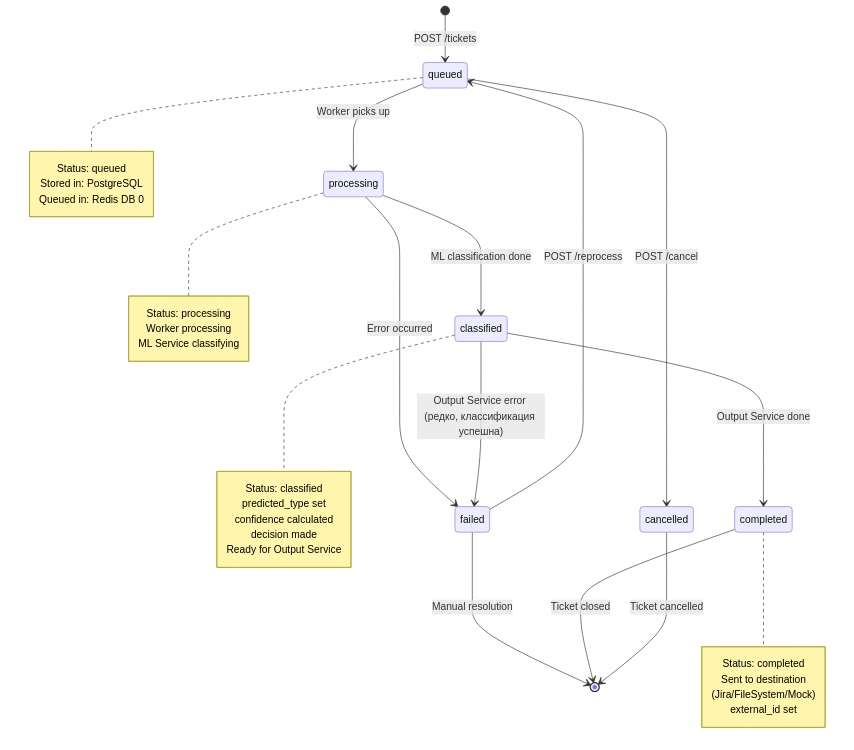
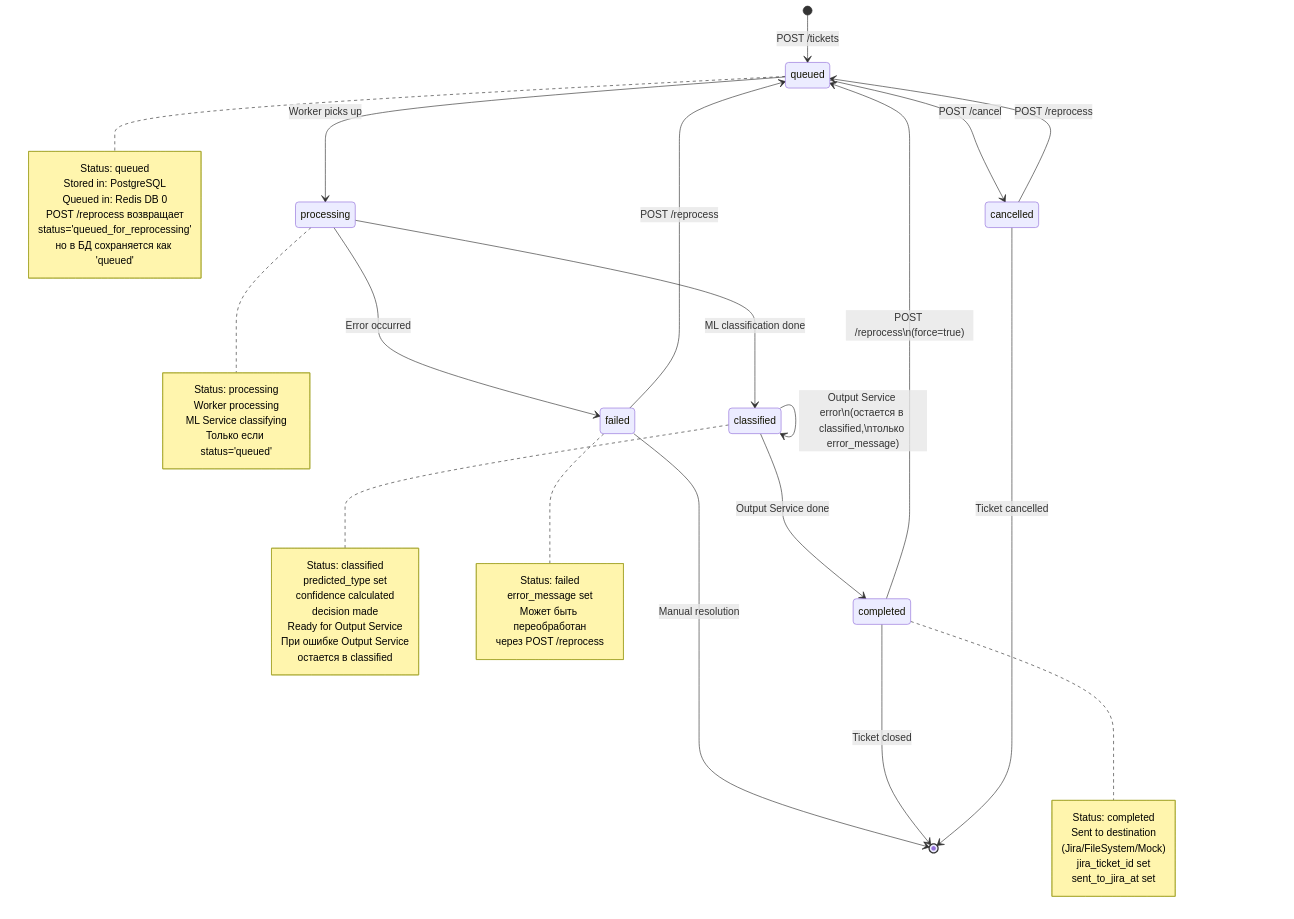
One commit to JungleAll/service-desk-classifier changed the sixth of 6 diagrams in ARCHITECTURE.md. Above: the diagram before and after it, drawn with Mermaid. The commit also changed other lines of this file and 2 other files, not shown here.

Commit message:
Update API_REFERENCE.md and ARCHITECTURE.md: sync with actual implementation, fix ticket lifecycle diagram

````diff
--- a/ARCHITECTURE.md
+++ b/ARCHITECTURE.md
@@ -364,46 +364,62 @@
 ```mermaid
 stateDiagram-v2
     [*] --> queued: POST /tickets
     
     queued --> processing: Worker picks up
     queued --> cancelled: POST /cancel
     
     processing --> classified: ML classification done
     processing --> failed: Error occurred
     
     classified --> completed: Output Service done
-    classified --> failed: Output Service error (редко, классификация успешна)
+    classified --> classified: Output Service error\n(остается в classified,\nтолько error_message)
     
     failed --> queued: POST /reprocess
+    completed --> queued: POST /reprocess\n(force=true)
+    cancelled --> queued: POST /reprocess
     failed --> [*]: Manual resolution
     
     completed --> [*]: Ticket closed
     cancelled --> [*]: Ticket cancelled
     
     note right of queued
         Status: queued
         Stored in: PostgreSQL
         Queued in: Redis DB 0
+        POST /reprocess возвращает
+        status='queued_for_reprocessing'
+        но в БД сохраняется как 'queued'
     end note
     
     note right of processing
         Status: processing
         Worker processing
         ML Service classifying
+        Только если status='queued'
     end note
     
     note right of classified
         Status: classified
         predicted_type set
         confidence calculated
         decision made
         Ready for Output Service
+        При ошибке Output Service
+        остается в classified
     end note
     
     note right of completed
         Status: completed
         Sent to destination
         (Jira/FileSystem/Mock)
-        external_id set
+        jira_ticket_id set
+        sent_to_jira_at set
+    end note
+    
+    note right of failed
+        Status: failed
+        error_message set
+        Может быть переобработан
+        через POST /reprocess
     end note
 ```
````
